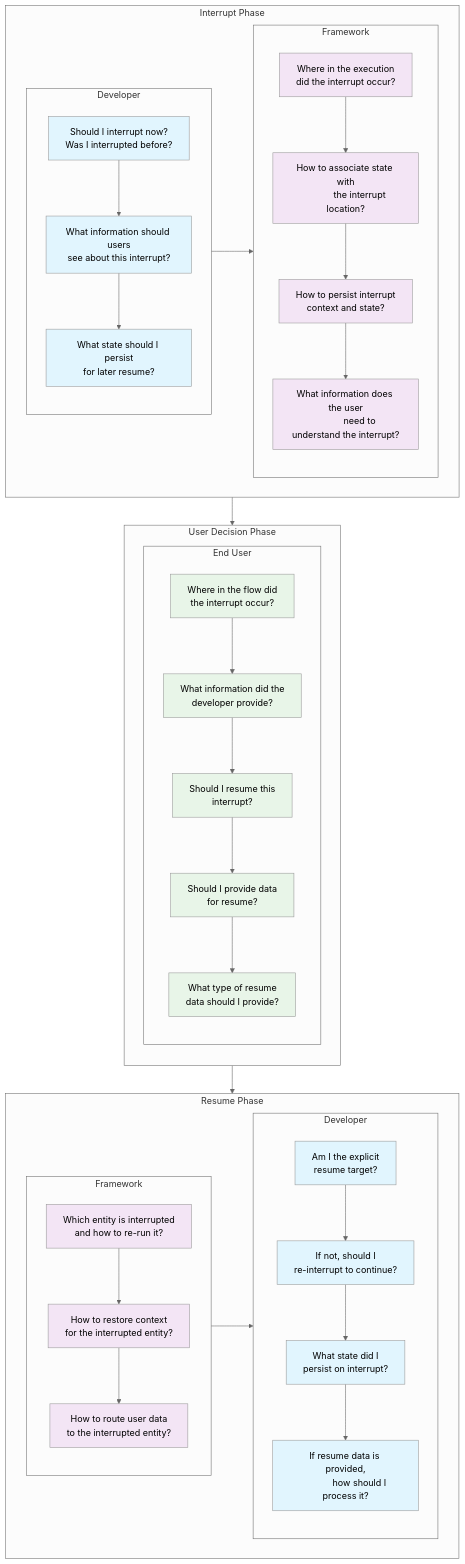
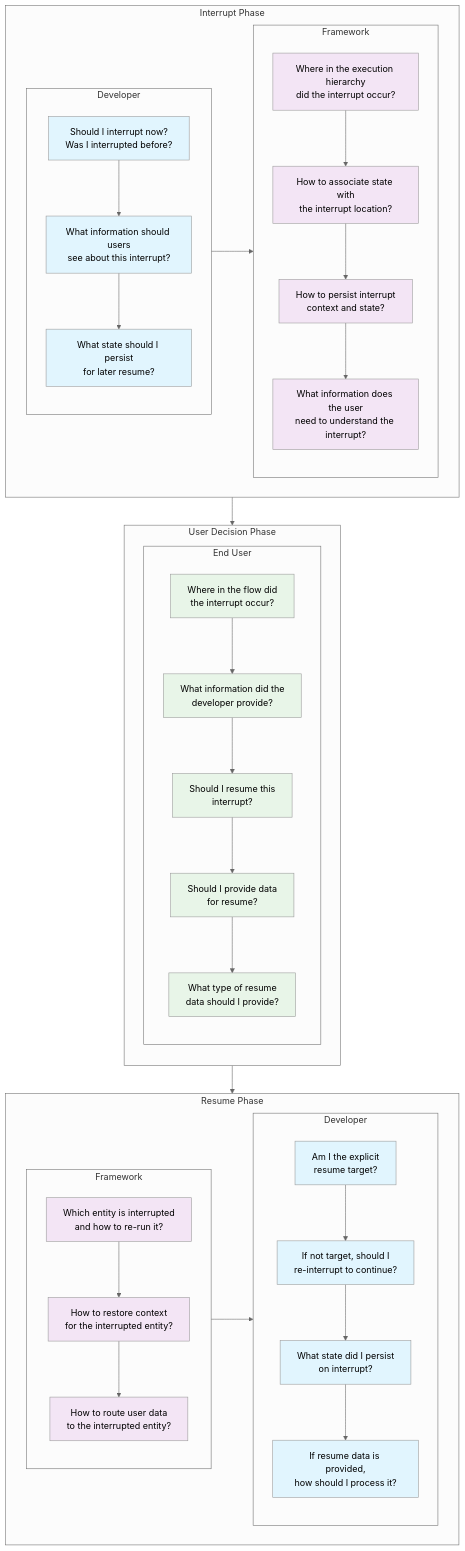
One commit to cloudwego/cloudwego.github.io changed the first of 5 diagrams in content/en/docs/eino/core_modules/eino_adk/agent_hitl.md. Above: the diagram before and after it, drawn with Mermaid (neutral theme). The commit also changed other lines of this file and 141 other files, not shown here.

```diff
--- a/content/en/docs/eino/core_modules/eino_adk/agent_hitl.md
+++ b/content/en/docs/eino/core_modules/eino_adk/agent_hitl.md
@@ -76,14 +29,10 @@
         
         subgraph Fw1 [Framework]
             direction TB
-            F1[Where in the execution
-            did the interrupt occur?]
-            F2[How to associate state with
-            the interrupt location?]
-            F3[How to persist interrupt
-            context and state?]
-            F4[What information does the user
-            need to understand the interrupt?]
+            F1[Where in the execution hierarchy<br/>did the interrupt occur?]
+            F2[How to associate state with<br/>the interrupt location?]
+            F3[How to persist interrupt<br/>context and state?]
+            F4[What information does the user<br/>need to understand the interrupt?]
             F1 --> F2 --> F3 --> F4
         end
         
@@ -94,43 +43,32 @@
         direction TB
         subgraph "End User"
             direction TB
-            U1[Where in the flow did
-            the interrupt occur?]
-            U2[What information did the
-            developer provide?]
-            U3[Should I resume this
-            interrupt?]
-            U4[Should I provide data
-            for resume?]
-            U5[What type of resume
-            data should I provide?]
+            U1[Where in the flow did<br/>the interrupt occur?]
+            U2[What information did the<br/>developer provide?]
+            U3[Should I resume this<br/>interrupt?]
+            U4[Should I provide data<br/>for resume?]
+            U5[What type of resume<br/>data should I provide?]
             U1 --> U2 --> U3 --> U4 --> U5
         end
     end
+    
     
     subgraph P3 [Resume Phase]
         direction LR   
         subgraph Fw2 [Framework]
             direction TB
-            FR1[Which entity is interrupted
-            and how to re-run it?]
-            FR2[How to restore context
-            for the interrupted entity?]
-            FR3[How to route user data
-            to the interrupted entity?]
+            FR1[Which entity is interrupted<br/>and how to re-run it?]
+            FR2[How to restore context<br/>for the interrupted entity?]
+            FR3[How to route user data<br/>to the interrupted entity?]
             FR1 --> FR2 --> FR3
         end
         
         subgraph Dev2 [Developer]
             direction TB
-            DR1[Am I the explicit
-            resume target?]
-            DR2[If not, should I
-            re-interrupt to continue?]
-            DR3[What state did I
-            persist on interrupt?]
-            DR4[If resume data is provided,
-            how should I process it?]
+            DR1[Am I the explicit<br/>resume target?]
+            DR2[If not target, should I<br/>re-interrupt to continue?]
+            DR3[What state did I persist<br/>on interrupt?]
+            DR4[If resume data is provided,<br/>how should I process it?]
             DR1 --> DR2 --> DR3 --> DR4
         end
         
```
